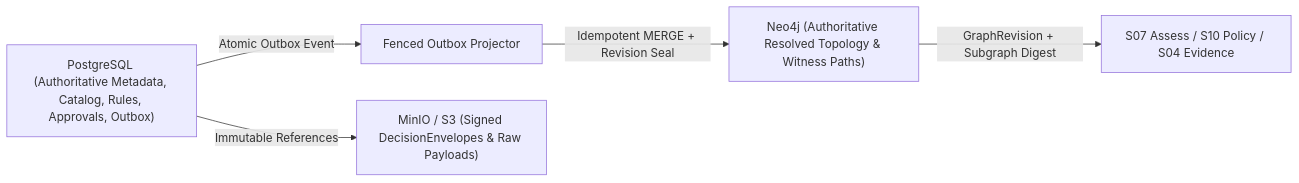
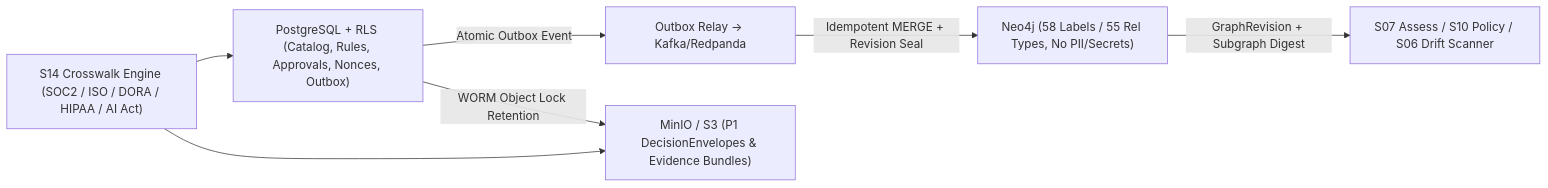
Before and after one commit to fenoch4real/uacrf-unified-adaptive-cloud-resilience-framework: the second of 2 diagrams in docs/architecture/SYSTEM_OVERVIEW.md, drawn with Mermaid. The commit also changed other lines of this file and 3 other files, not shown here.

Commit message:
docs(diagrams): update architecture, infrastructure, sequence (SD-09..12), and activity (AD-09..12) diagrams for enterprise & compliance scope

````diff
--- a/docs/architecture/SYSTEM_OVERVIEW.md
+++ b/docs/architecture/SYSTEM_OVERVIEW.md
@@ -29,7 +40,9 @@
 ```mermaid
 flowchart LR
-    PG["PostgreSQL (Authoritative Metadata, Catalog, Rules, Approvals, Outbox)"] -->|Atomic Outbox Event| Worker["Fenced Outbox Projector"]
-    Worker -->|Idempotent MERGE + Revision Seal| NEO["Neo4j (Authoritative Resolved Topology & Witness Paths)"]
-    NEO -->|GraphRevision + Subgraph Digest| Decisions["S07 Assess / S10 Policy / S04 Evidence"]
-    PG -->|Immutable References| MINIO["MinIO / S3 (Signed DecisionEnvelopes & Raw Payloads)"]
+    PG["PostgreSQL + RLS (Catalog, Rules, Approvals, Nonces, Outbox)"] -->|Atomic Outbox Event| Relay["Outbox Relay -> Kafka/Redpanda"]
+    Relay -->|Idempotent MERGE + Revision Seal| NEO["Neo4j (58 Labels / 55 Rel Types, No PII/Secrets)"]
+    NEO -->|GraphRevision + Subgraph Digest| Decisions["S07 Assess / S10 Policy / S06 Drift Scanner"]
+    PG -->|WORM Object Lock Retention| S3["MinIO / S3 (P1 DecisionEnvelopes & Evidence Bundles)"]
+    S14["S14 Crosswalk Engine (SOC2 / ISO / DORA / HIPAA / AI Act)"] --> S3
+    S14 --> PG
 ```
````
